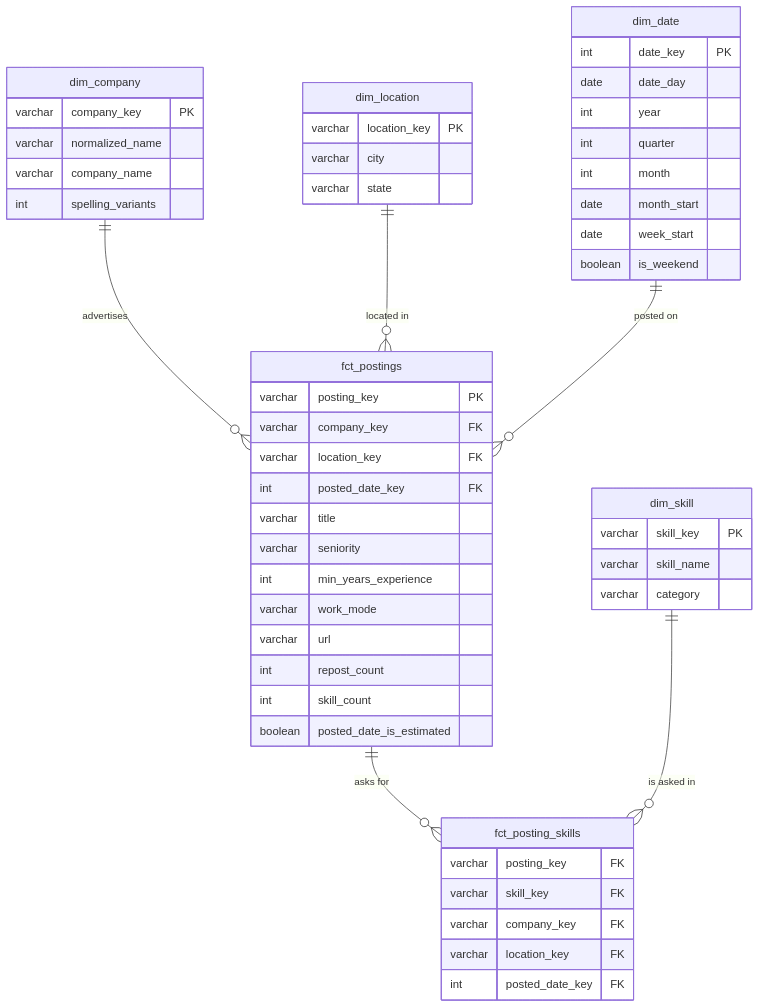
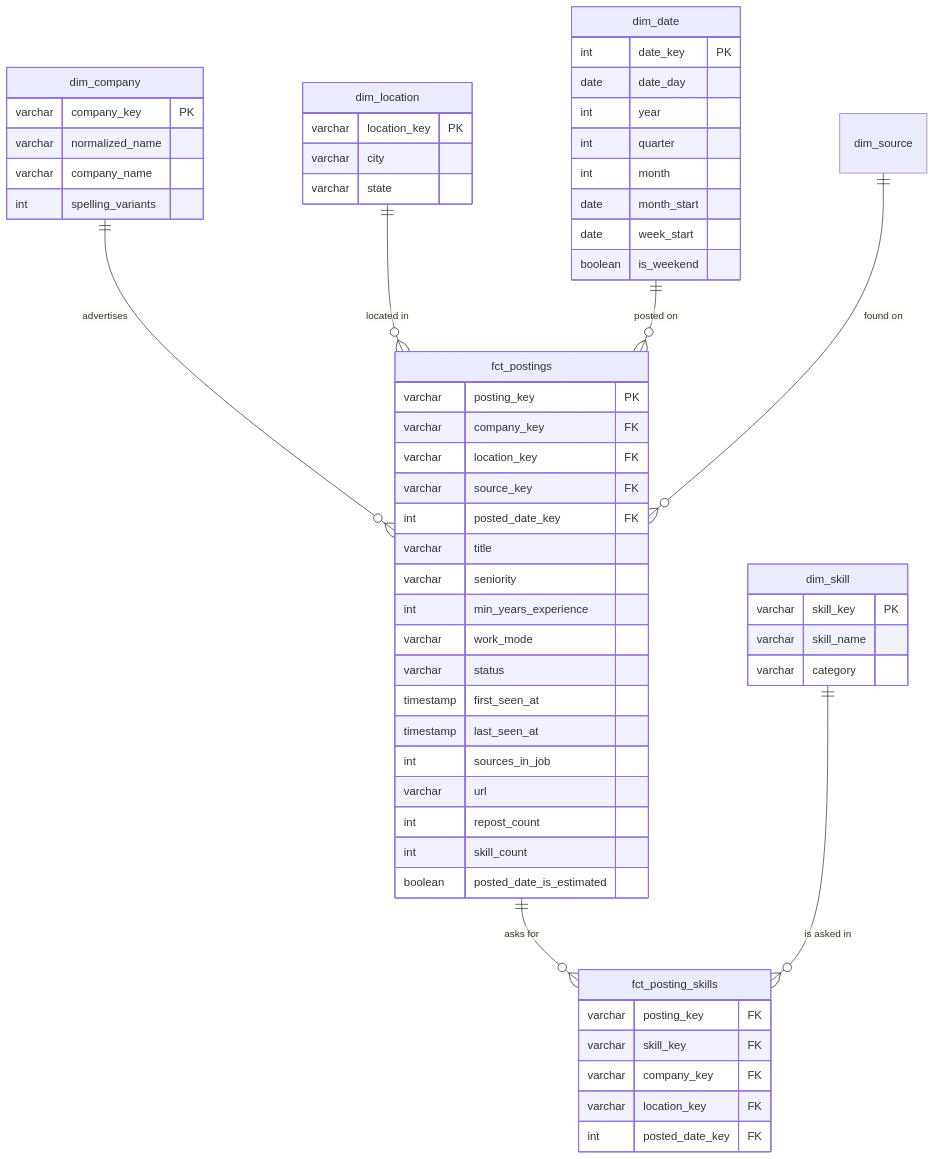
Before and after one commit to vvanurag/job-market-assistant: the diagram in docs/pipeline/gold.md, drawn with Mermaid. The commit also changed other lines of this file and 25 other files, not shown here.

First line of the commit message:
Complete Phase 2: remote roles, history, closed postings, cross-source jobs, dim_source

````diff
--- a/docs/pipeline/gold.md
+++ b/docs/pipeline/gold.md
@@ -22,56 +22,62 @@
 ```mermaid
 erDiagram
     dim_company  ||--o{ fct_postings : "advertises"
     dim_location ||--o{ fct_postings : "located in"
     dim_date     ||--o{ fct_postings : "posted on"
+    dim_source   ||--o{ fct_postings : "found on"
     fct_postings ||--o{ fct_posting_skills : "asks for"
     dim_skill    ||--o{ fct_posting_skills : "is asked in"
 
     fct_postings {
         varchar posting_key PK
         varchar company_key FK
         varchar location_key FK
+        varchar source_key FK
         int posted_date_key FK
         varchar title
         varchar seniority
         int min_years_experience
         varchar work_mode
+        varchar status
+        timestamp first_seen_at
+        timestamp last_seen_at
+        int sources_in_job
         varchar url
         int repost_count
         int skill_count
         boolean posted_date_is_estimated
     }
     fct_posting_skills {
         varchar posting_key FK
         varchar skill_key FK
         varchar company_key FK
         varchar location_key FK
         int posted_date_key FK
     }
     dim_company {
         varchar company_key PK
         varchar normalized_name
         varchar company_name
         int spelling_variants
     }
     dim_skill {
         varchar skill_key PK
         varchar skill_name
         varchar category
     }
     dim_location {
         varchar location_key PK
         varchar city
         varchar state
     }
     dim_date {
         int date_key PK
         date date_day
         int year
         int quarter
         int month
         date month_start
         date week_start
         boolean is_weekend
     }
 ```
````
